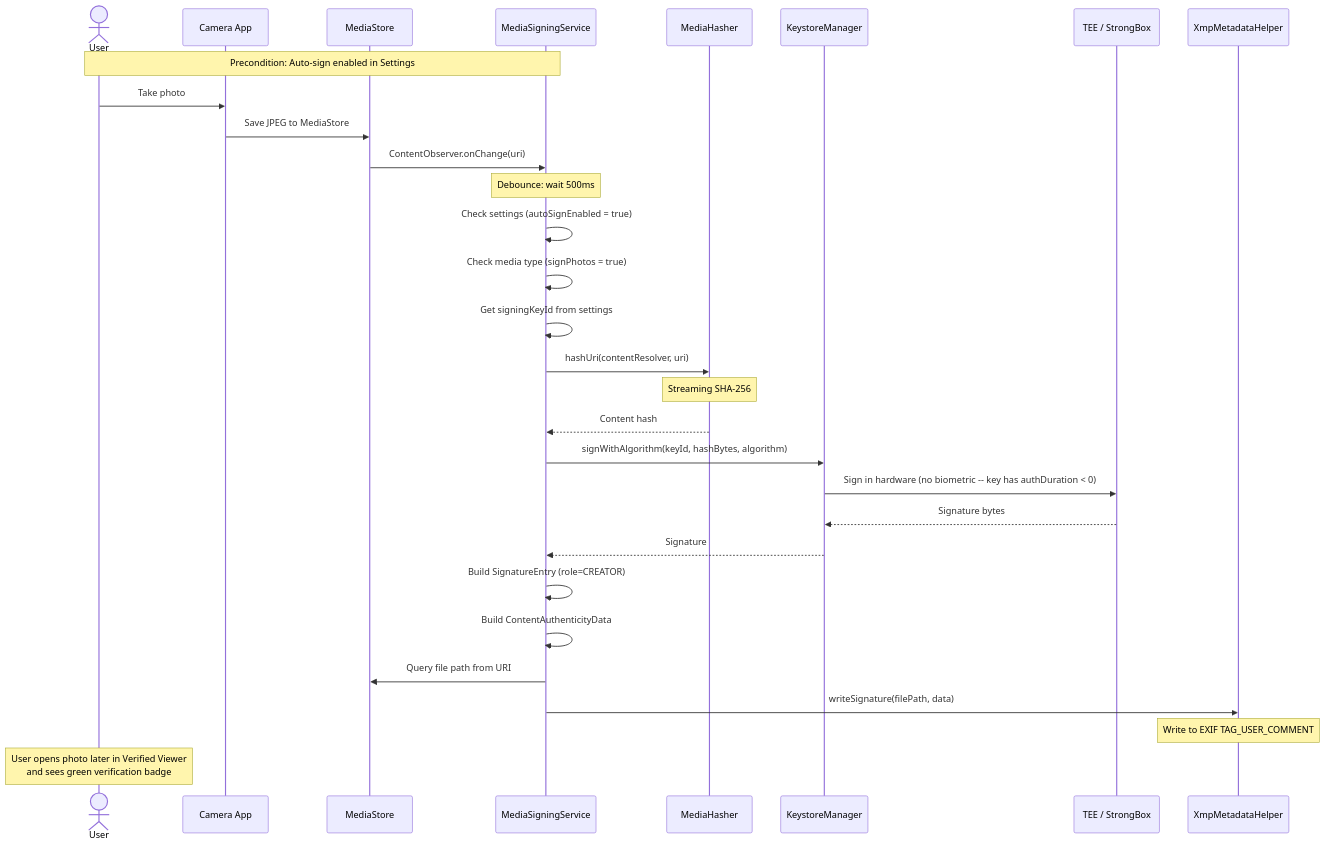
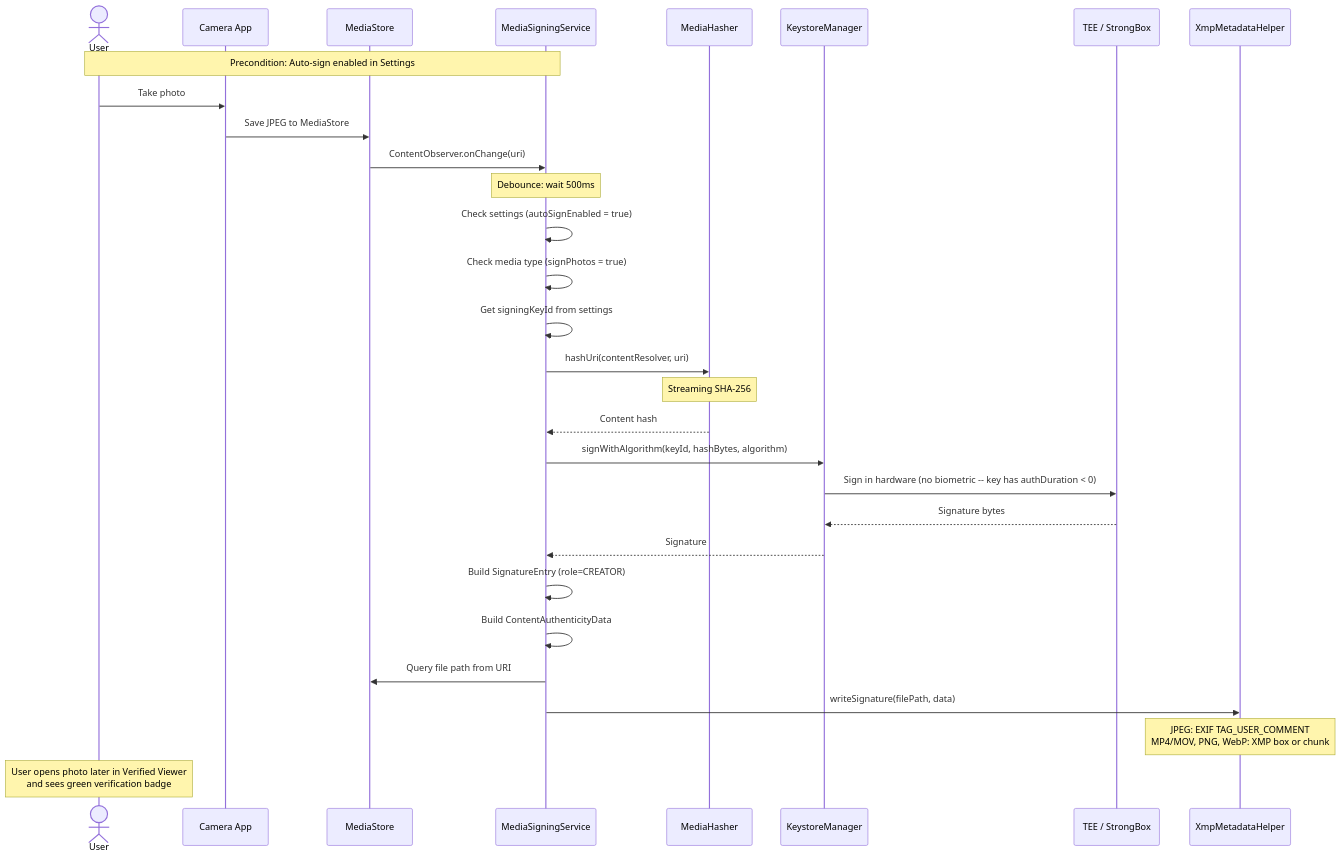
Before and after one commit to jeremyhahn/xkey-android: the third of 3 diagrams in docs/media-signing/architecture.md, drawn with Mermaid. The commit also changed other lines of this file and 1 other file, not shown here.

First line of the commit message:
docs: media signing lists the embedded XMP types and the sidecar fallback

````diff
--- a/docs/media-signing/architecture.md
+++ b/docs/media-signing/architecture.md
@@ -72,41 +77,41 @@
 ```mermaid
 sequenceDiagram
     actor User
     participant Camera as Camera App
     participant MS as MediaStore
     participant Svc as MediaSigningService
     participant MH as MediaHasher
     participant KM as KeystoreManager
     participant HW as TEE / StrongBox
     participant XMP as XmpMetadataHelper
 
     Note over User,Svc: Precondition: Auto-sign enabled in Settings
 
     User->>Camera: Take photo
     Camera->>MS: Save JPEG to MediaStore
 
     MS->>Svc: ContentObserver.onChange(uri)
     Note over Svc: Debounce: wait 500ms
 
     Svc->>Svc: Check settings (autoSignEnabled = true)
     Svc->>Svc: Check media type (signPhotos = true)
     Svc->>Svc: Get signingKeyId from settings
 
     Svc->>MH: hashUri(contentResolver, uri)
     Note over MH: Streaming SHA-256
     MH-->>Svc: Content hash
 
     Svc->>KM: signWithAlgorithm(keyId, hashBytes, algorithm)
     KM->>HW: Sign in hardware (no biometric -- key has authDuration < 0)
     HW-->>KM: Signature bytes
     KM-->>Svc: Signature
 
     Svc->>Svc: Build SignatureEntry (role=CREATOR)
     Svc->>Svc: Build ContentAuthenticityData
 
     Svc->>MS: Query file path from URI
     Svc->>XMP: writeSignature(filePath, data)
-    Note over XMP: Write to EXIF TAG_USER_COMMENT
+    Note over XMP: JPEG: EXIF TAG_USER_COMMENT<br/>MP4/MOV, PNG, WebP: XMP box or chunk
 
     Note over User: User opens photo later in Verified Viewer<br/>and sees green verification badge
 ```
````
